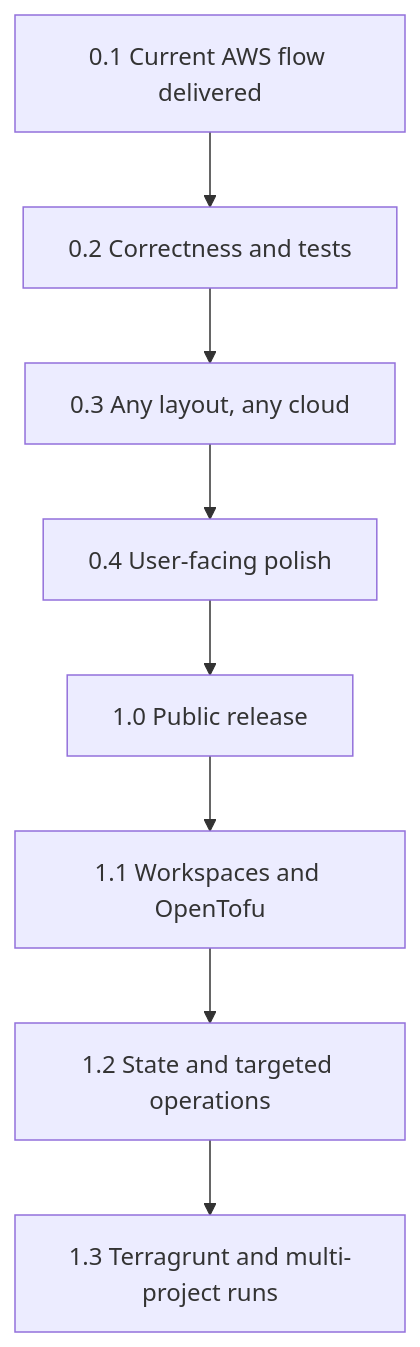
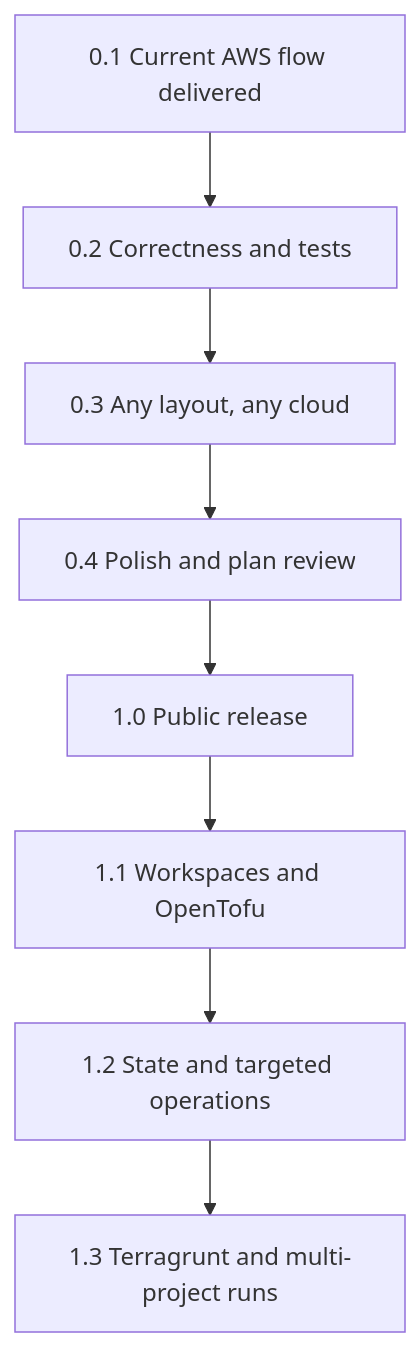
Before and after one commit to Nicolas-Rigaudy/lazytf: the diagram in logics/roadmap/road_001_lazytf_to_1_0.md, drawn with Mermaid. The commit also changed other lines of this file and 1 other file, not shown here.

Commit message:
chg[DOCS]: record 1.0 decisions in brief and roadmap (MIT, OpenTofu, env binding, packaging, plan review)

````diff
--- a/logics/roadmap/road_001_lazytf_to_1_0.md
+++ b/logics/roadmap/road_001_lazytf_to_1_0.md
@@ -17,12 +18,12 @@
 ```mermaid
 flowchart TD
   A[0.1 Current AWS flow delivered]
   B[0.2 Correctness and tests]
   C[0.3 Any layout, any cloud]
-  D[0.4 User-facing polish]
+  D[0.4 Polish and plan review]
   E[1.0 Public release]
   F[1.1 Workspaces and OpenTofu]
   G[1.2 State and targeted operations]
   H[1.3 Terragrunt and multi-project runs]
   A --> B --> C --> D --> E --> F --> G --> H
 ```
````
